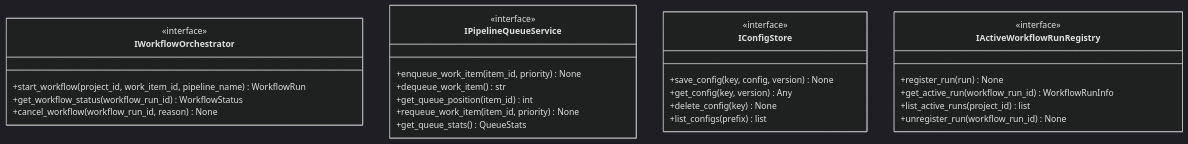
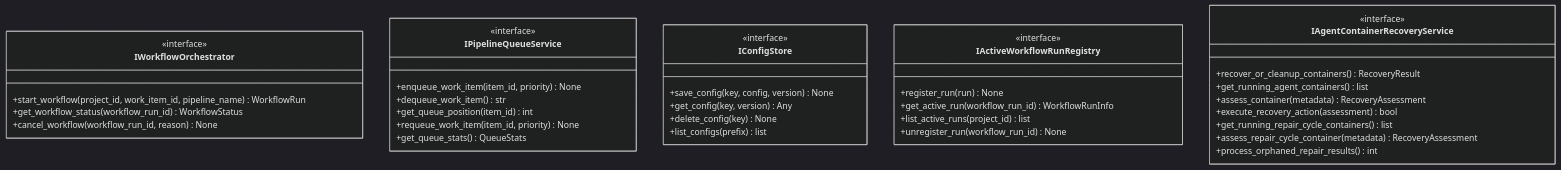
The diagram in documentation/architecture/ports/output/lifecycle-services.md (tinkermonkey/codetoreum), drawn with Mermaid (dark theme) before and after one commit. The commit also changed other lines of this file and 4 other files, not shown here.

````diff
--- a/documentation/architecture/ports/output/lifecycle-services.md
+++ b/documentation/architecture/ports/output/lifecycle-services.md
@@ -368,34 +416,45 @@
 ```mermaid
 classDiagram
     class IWorkflowOrchestrator {
         <<interface>>
         +start_workflow(project_id, work_item_id, pipeline_name) WorkflowRun
         +get_workflow_status(workflow_run_id) WorkflowStatus
         +cancel_workflow(workflow_run_id, reason) None
     }
     
     class IPipelineQueueService {
         <<interface>>
         +enqueue_work_item(item_id, priority) None
         +dequeue_work_item() str
         +get_queue_position(item_id) int
         +requeue_work_item(item_id, priority) None
         +get_queue_stats() QueueStats
     }
     
     class IConfigStore {
         <<interface>>
         +save_config(key, config, version) None
         +get_config(key, version) Any
         +delete_config(key) None
         +list_configs(prefix) list
     }
     
     class IActiveWorkflowRunRegistry {
         <<interface>>
         +register_run(run) None
         +get_active_run(workflow_run_id) WorkflowRunInfo
         +list_active_runs(project_id) list
         +unregister_run(workflow_run_id) None
     }
+    
+    class IAgentContainerRecoveryService {
+        <<interface>>
+        +recover_or_cleanup_containers() RecoveryResult
+        +get_running_agent_containers() list
+        +assess_container(metadata) RecoveryAssessment
+        +execute_recovery_action(assessment) bool
+        +get_running_repair_cycle_containers() list
+        +assess_repair_cycle_container(metadata) RecoveryAssessment
+        +process_orphaned_repair_results() int
+    }
 ```
````
